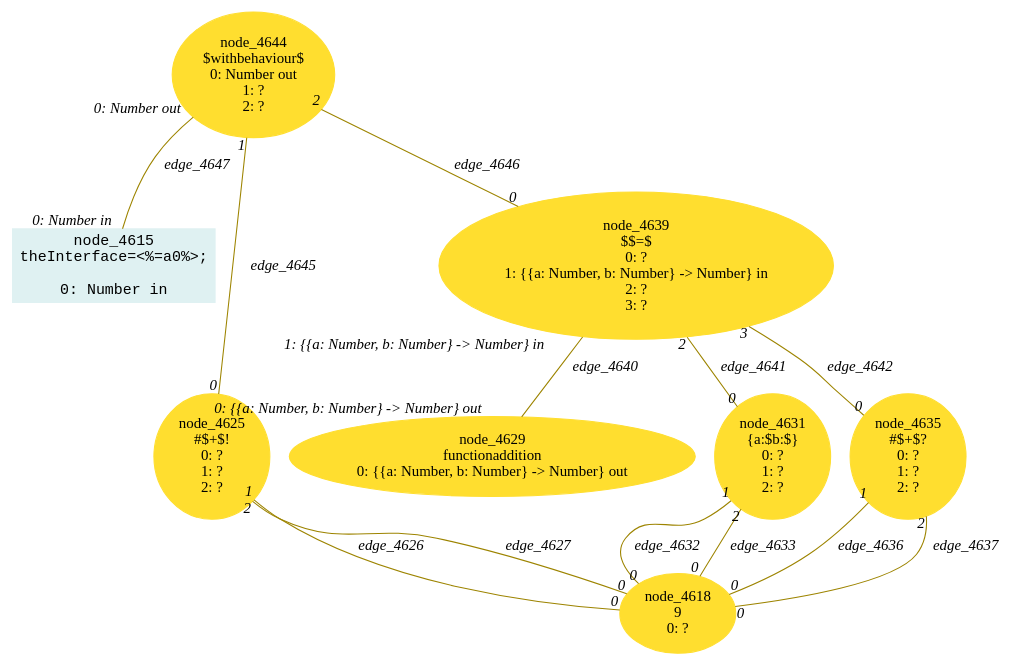
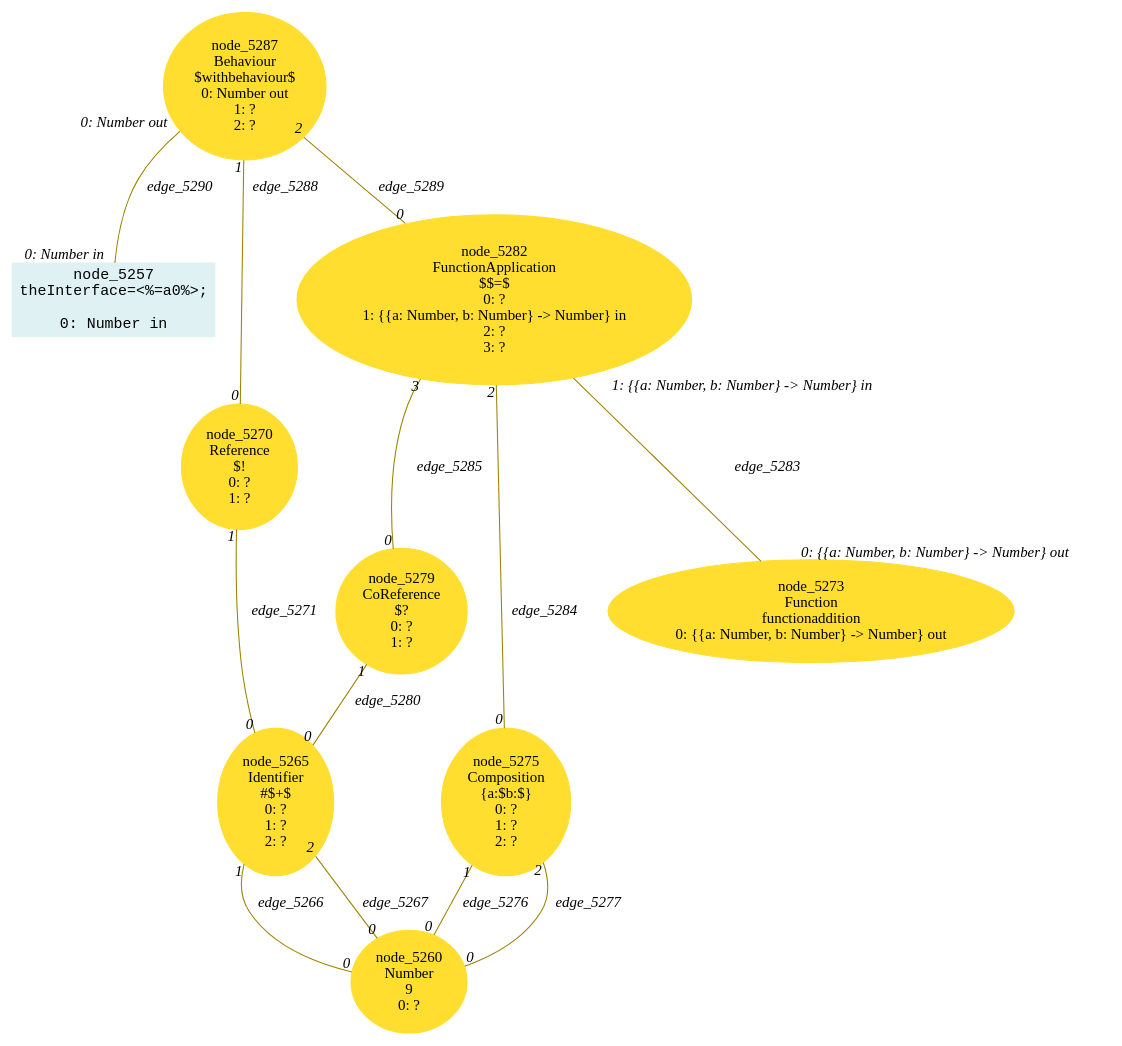
The diagram in lidl-core/example/ok/literals/dot/14createDataFlowDirection1.dot (crubier/lidl), drawn with Graphviz before and after one commit. The commit also changed 1586 other files, not shown here.

```diff
--- a/lidl-core/example/ok/literals/dot/14createDataFlowDirection1.dot
+++ b/lidl-core/example/ok/literals/dot/14createDataFlowDirection1.dot
@@ -1,49 +1,60 @@
-digraph g{node_4615 [shape="box", style="filled", color="#dff1f2", fontname="Courier", label="node_4615
+digraph g{node_5257 [shape="box", style="filled", color="#dff1f2", fontname="Courier", label="node_5257
 theInterface=<%=a0%>;
 
 0: Number in" ]
-node_4618 [shape="ellipse", style="filled", color="#ffde2f", fontname="Times", label="node_4618
+node_5260 [shape="ellipse", style="filled", color="#ffde2f", fontname="Times", label="node_5260
+Number
 9
 0: ?" ]
-node_4625 [shape="ellipse", style="filled", color="#ffde2f", fontname="Times", label="node_4625
-#$+$!
+node_5265 [shape="ellipse", style="filled", color="#ffde2f", fontname="Times", label="node_5265
+Identifier
+#$+$
 0: ?
 1: ?
 2: ?" ]
-node_4629 [shape="ellipse", style="filled", color="#ffde2f", fontname="Times", label="node_4629
+node_5270 [shape="ellipse", style="filled", color="#ffde2f", fontname="Times", label="node_5270
+Reference
+$!
+0: ?
+1: ?" ]
+node_5273 [shape="ellipse", style="filled", color="#ffde2f", fontname="Times", label="node_5273
+Function
 functionaddition
 0: {{a: Number, b: Number} -> Number} out" ]
-node_4631 [shape="ellipse", style="filled", color="#ffde2f", fontname="Times", label="node_4631
+node_5275 [shape="ellipse", style="filled", color="#ffde2f", fontname="Times", label="node_5275
+Composition
 {a:$b:$}
 0: ?
 1: ?
 2: ?" ]
-node_4635 [shape="ellipse", style="filled", color="#ffde2f", fontname="Times", label="node_4635
-#$+$?
+node_5279 [shape="ellipse", style="filled", color="#ffde2f", fontname="Times", label="node_5279
+CoReference
+$?
 0: ?
-1: ?
-2: ?" ]
-node_4639 [shape="ellipse", style="filled", color="#ffde2f", fontname="Times", label="node_4639
+1: ?" ]
+node_5282 [shape="ellipse", style="filled", color="#ffde2f", fontname="Times", label="node_5282
+FunctionApplication
 $$=$
 0: ?
 1: {{a: Number, b: Number} -> Number} in
 2: ?
 3: ?" ]
-node_4644 [shape="ellipse", style="filled", color="#ffde2f", fontname="Times", label="node_4644
+node_5287 [shape="ellipse", style="filled", color="#ffde2f", fontname="Times", label="node_5287
+Behaviour
 $withbehaviour$
 0: Number out
 1: ?
 2: ?" ]
-node_4625 -> node_4618 [dir=none, arrowHead=none, fontname="Times-Italic", arrowsize=1, color="#9d8400", label="edge_4626",  headlabel="0", taillabel="1" ]
-node_4625 -> node_4618 [dir=none, arrowHead=none, fontname="Times-Italic", arrowsize=1, color="#9d8400", label="edge_4627",  headlabel="0", taillabel="2" ]
-node_4631 -> node_4618 [dir=none, arrowHead=none, fontname="Times-Italic", arrowsize=1, color="#9d8400", label="edge_4632",  headlabel="0", taillabel="1" ]
-node_4631 -> node_4618 [dir=none, arrowHead=none, fontname="Times-Italic", arrowsize=1, color="#9d8400", label="edge_4633",  headlabel="0", taillabel="2" ]
-node_4635 -> node_4618 [dir=none, arrowHead=none, fontname="Times-Italic", arrowsize=1, color="#9d8400", label="edge_4636",  headlabel="0", taillabel="1" ]
-node_4635 -> node_4618 [dir=none, arrowHead=none, fontname="Times-Italic", arrowsize=1, color="#9d8400", label="edge_4637",  headlabel="0", taillabel="2" ]
-node_4639 -> node_4629 [dir=none, arrowHead=none, fontname="Times-Italic", arrowsize=1, color="#9d8400", label="edge_4640",  headlabel="0: {{a: Number, b: Number} -> Number} out", taillabel="1: {{a: Number, b: Number} -> Number} in" ]
-node_4639 -> node_4631 [dir=none, arrowHead=none, fontname="Times-Italic", arrowsize=1, color="#9d8400", label="edge_4641",  headlabel="0", taillabel="2" ]
-node_4639 -> node_4635 [dir=none, arrowHead=none, fontname="Times-Italic", arrowsize=1, color="#9d8400", label="edge_4642",  headlabel="0", taillabel="3" ]
-node_4644 -> node_4625 [dir=none, arrowHead=none, fontname="Times-Italic", arrowsize=1, color="#9d8400", label="edge_4645",  headlabel="0", taillabel="1" ]
-node_4644 -> node_4639 [dir=none, arrowHead=none, fontname="Times-Italic", arrowsize=1, color="#9d8400", label="edge_4646",  headlabel="0", taillabel="2" ]
-node_4644 -> node_4615 [dir=none, arrowHead=none, fontname="Times-Italic", arrowsize=1, color="#9d8400", label="edge_4647",  headlabel="0: Number in", taillabel="0: Number out" ]
+node_5265 -> node_5260 [dir=none, arrowHead=none, fontname="Times-Italic", arrowsize=1, color="#9d8400", label="edge_5266",  headlabel="0", taillabel="1" ]
+node_5265 -> node_5260 [dir=none, arrowHead=none, fontname="Times-Italic", arrowsize=1, color="#9d8400", label="edge_5267",  headlabel="0", taillabel="2" ]
+node_5270 -> node_5265 [dir=none, arrowHead=none, fontname="Times-Italic", arrowsize=1, color="#9d8400", label="edge_5271",  headlabel="0", taillabel="1" ]
+node_5275 -> node_5260 [dir=none, arrowHead=none, fontname="Times-Italic", arrowsize=1, color="#9d8400", label="edge_5276",  headlabel="0", taillabel="1" ]
+node_5275 -> node_5260 [dir=none, arrowHead=none, fontname="Times-Italic", arrowsize=1, color="#9d8400", label="edge_5277",  headlabel="0", taillabel="2" ]
+node_5279 -> node_5265 [dir=none, arrowHead=none, fontname="Times-Italic", arrowsize=1, color="#9d8400", label="edge_5280",  headlabel="0", taillabel="1" ]
+node_5282 -> node_5273 [dir=none, arrowHead=none, fontname="Times-Italic", arrowsize=1, color="#9d8400", label="edge_5283",  headlabel="0: {{a: Number, b: Number} -> Number} out", taillabel="1: {{a: Number, b: Number} -> Number} in" ]
+node_5282 -> node_5275 [dir=none, arrowHead=none, fontname="Times-Italic", arrowsize=1, color="#9d8400", label="edge_5284",  headlabel="0", taillabel="2" ]
+node_5282 -> node_5279 [dir=none, arrowHead=none, fontname="Times-Italic", arrowsize=1, color="#9d8400", label="edge_5285",  headlabel="0", taillabel="3" ]
+node_5287 -> node_5270 [dir=none, arrowHead=none, fontname="Times-Italic", arrowsize=1, color="#9d8400", label="edge_5288",  headlabel="0", taillabel="1" ]
+node_5287 -> node_5282 [dir=none, arrowHead=none, fontname="Times-Italic", arrowsize=1, color="#9d8400", label="edge_5289",  headlabel="0", taillabel="2" ]
+node_5287 -> node_5257 [dir=none, arrowHead=none, fontname="Times-Italic", arrowsize=1, color="#9d8400", label="edge_5290",  headlabel="0: Number in", taillabel="0: Number out" ]
 }
```
